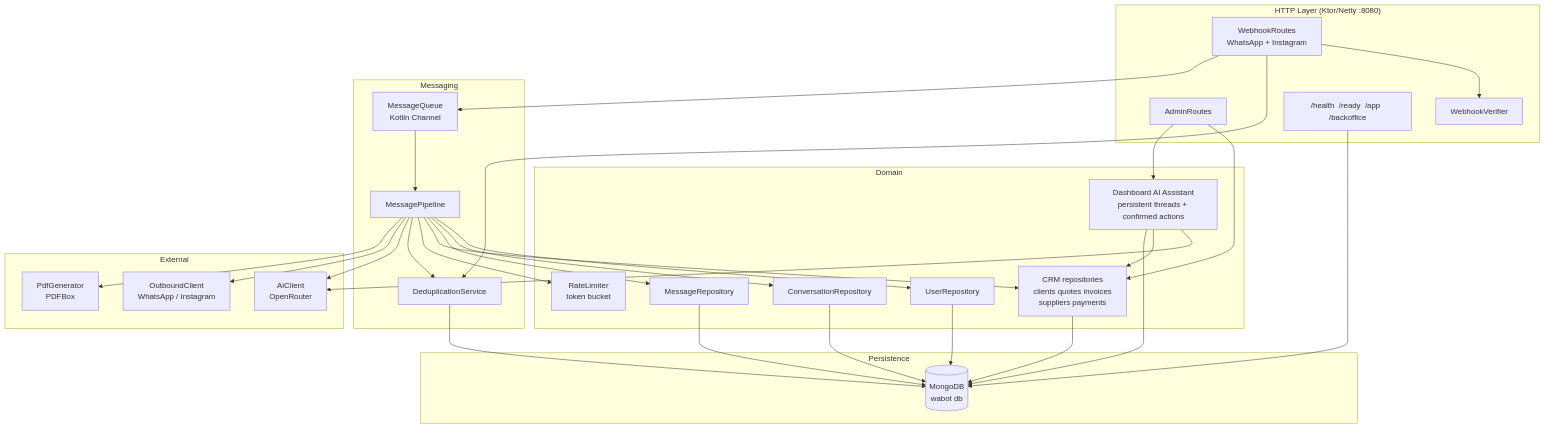
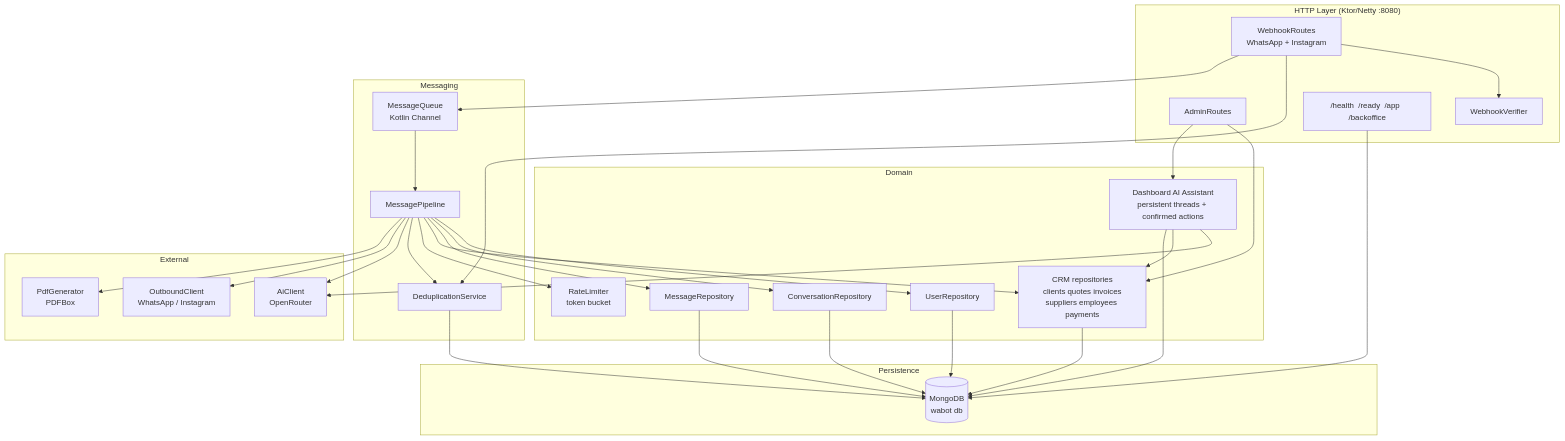
Before and after one commit to rfm-9300/rfm-edubot: the second of 2 diagrams in docs/architecture.md, drawn with Mermaid. The commit also changed other lines of this file and 24 other files, not shown here.

First line of the commit message:
Add employees as a payment payee and period wrap-ups for services and invoices.

````diff
--- a/docs/architecture.md
+++ b/docs/architecture.md
@@ -53,48 +53,48 @@
 ```mermaid
 graph TD
     subgraph HTTP["HTTP Layer (Ktor/Netty :8080)"]
         WR[WebhookRoutes<br/>WhatsApp + Instagram]
         AR[AdminRoutes]
         WV[WebhookVerifier]
         Health["/health  /ready  /app  /backoffice"]
     end
 
     subgraph Messaging
         MQ[MessageQueue<br/>Kotlin Channel]
         MP[MessagePipeline]
         DS[DeduplicationService]
     end
 
     subgraph Domain
         UR[UserRepository]
         CR[ConversationRepository]
         MR[MessageRepository]
-        CRM[CRM repositories<br/>clients quotes invoices<br/>suppliers payments]
+        CRM[CRM repositories<br/>clients quotes invoices<br/>suppliers employees payments]
         RL[RateLimiter<br/>token bucket]
         DA[Dashboard AI Assistant<br/>persistent threads + confirmed actions]
     end
 
     subgraph External
         AI[AiClient<br/>OpenRouter]
         OC[OutboundClient<br/>WhatsApp / Instagram]
         PDF[PdfGenerator<br/>PDFBox]
     end
 
     subgraph Persistence
         Mongo[(MongoDB<br/>wabot db)]
     end
 
     WR --> WV
     WR --> DS
     WR --> MQ
     MQ --> MP
     MP --> UR & CR & MR & CRM & RL & DS
     MP --> AI
     MP --> OC
     MP --> PDF
     AR --> CRM
     AR --> DA
     DA --> AI & CRM & Mongo
     UR & CR & MR & CRM & DS --> Mongo
     Health --> Mongo
 ```
````
